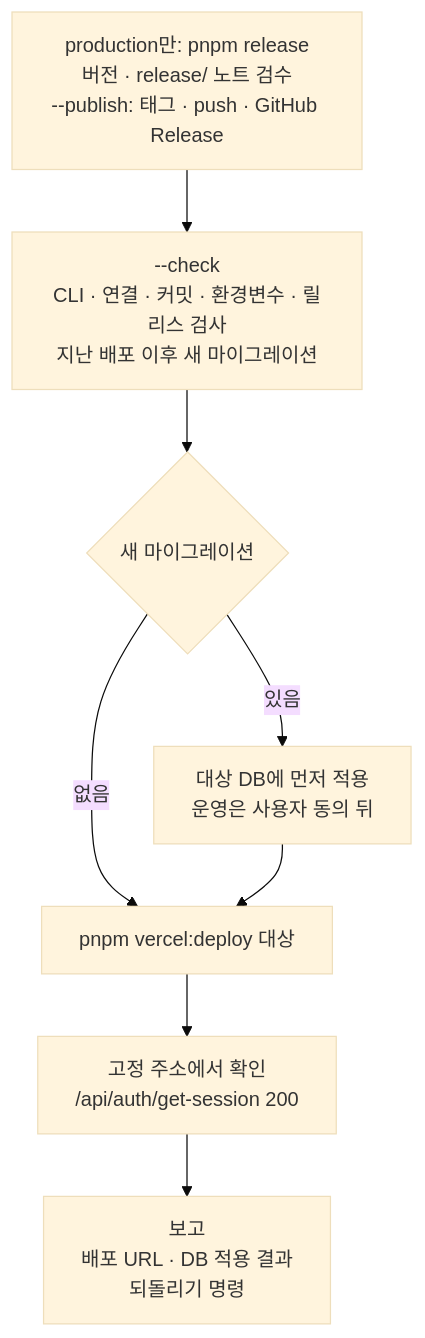
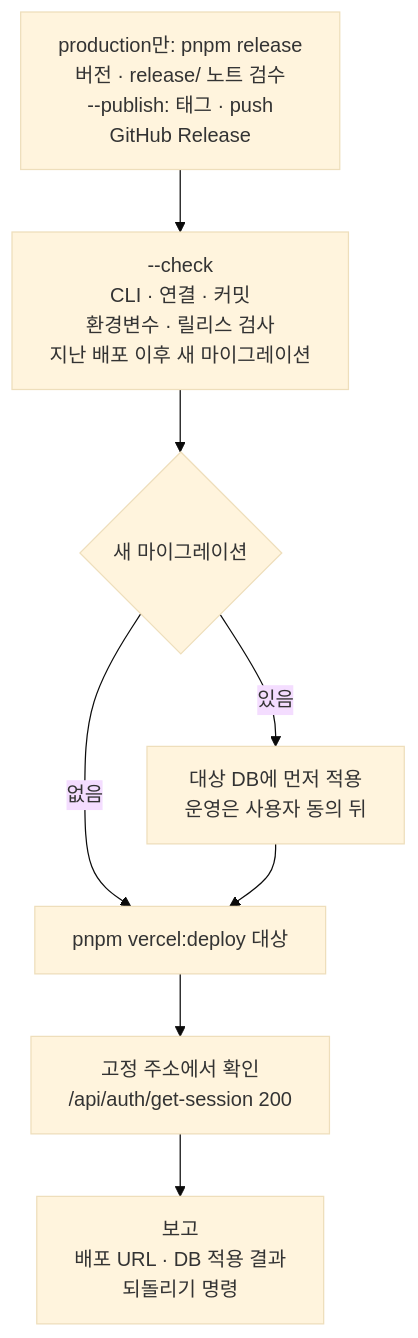
The diagram in handbook/deploy/vercel.md (roadkwon-ai/pro-kit), drawn with Mermaid (base theme) before and after one commit. The commit also changed 9 other files, not shown here.

````diff
--- a/handbook/deploy/vercel.md
+++ b/handbook/deploy/vercel.md
@@ -21,15 +21,15 @@
 ```mermaid
 ---
 config:
   flowchart:
     wrappingWidth: 220
 ---
 flowchart TB
-  R["production만: pnpm release<br/>버전 · release/ 노트 검수<br/>--publish: 태그 · push · GitHub Release"] --> C
-  C["--check<br/>CLI · 연결 · 커밋 · 환경변수 · 릴리스 검사<br/>지난 배포 이후 새 마이그레이션"] --> M{"새 마이그레이션"}
+  R["production만: pnpm release<br/>버전 · release/ 노트 검수<br/>--publish: 태그 · push<br/>GitHub Release"] --> C
+  C["--check<br/>CLI · 연결 · 커밋<br/>환경변수 · 릴리스 검사<br/>지난 배포 이후 새 마이그레이션"] --> M{"새 마이그레이션"}
   M -->|있음| DB["대상 DB에 먼저 적용<br/>운영은 사용자 동의 뒤"]
   M -->|없음| D["pnpm vercel:deploy 대상"]
   DB --> D
   D --> V["고정 주소에서 확인<br/>/api/auth/get-session 200"]
   V --> RPT["보고<br/>배포 URL · DB 적용 결과<br/>되돌리기 명령"]
 ```
````
